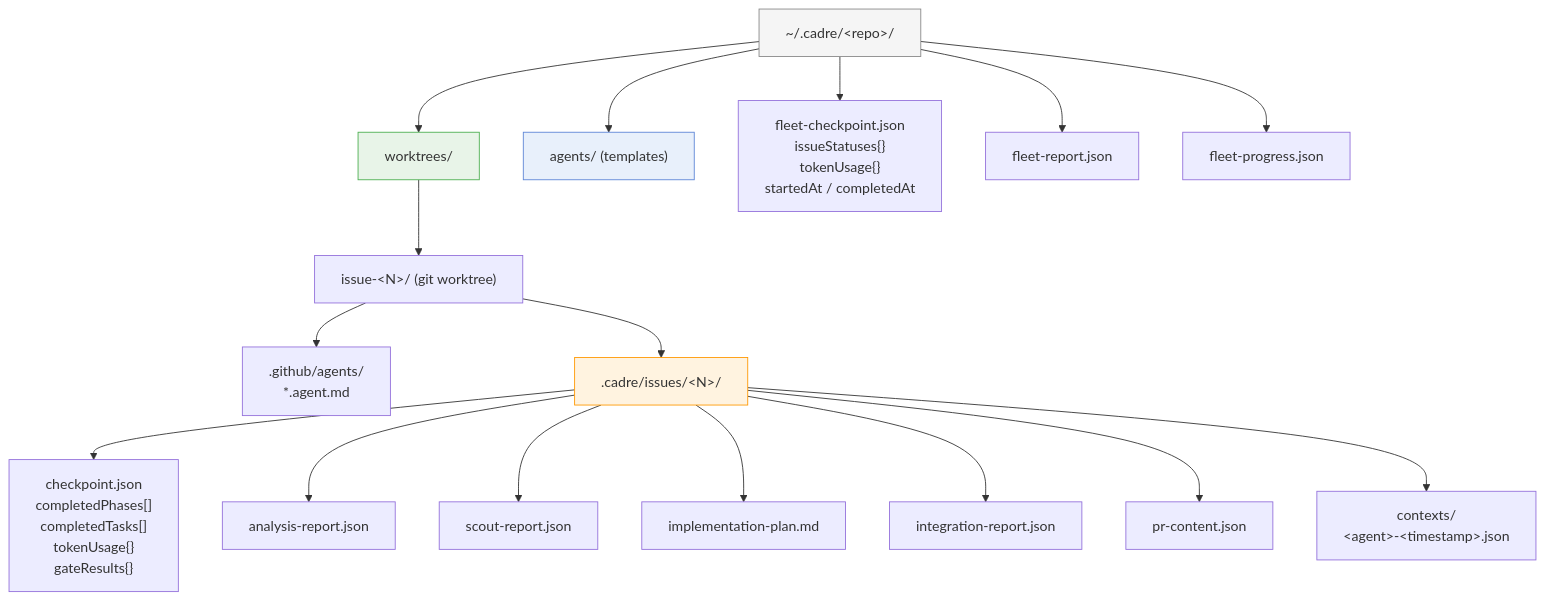
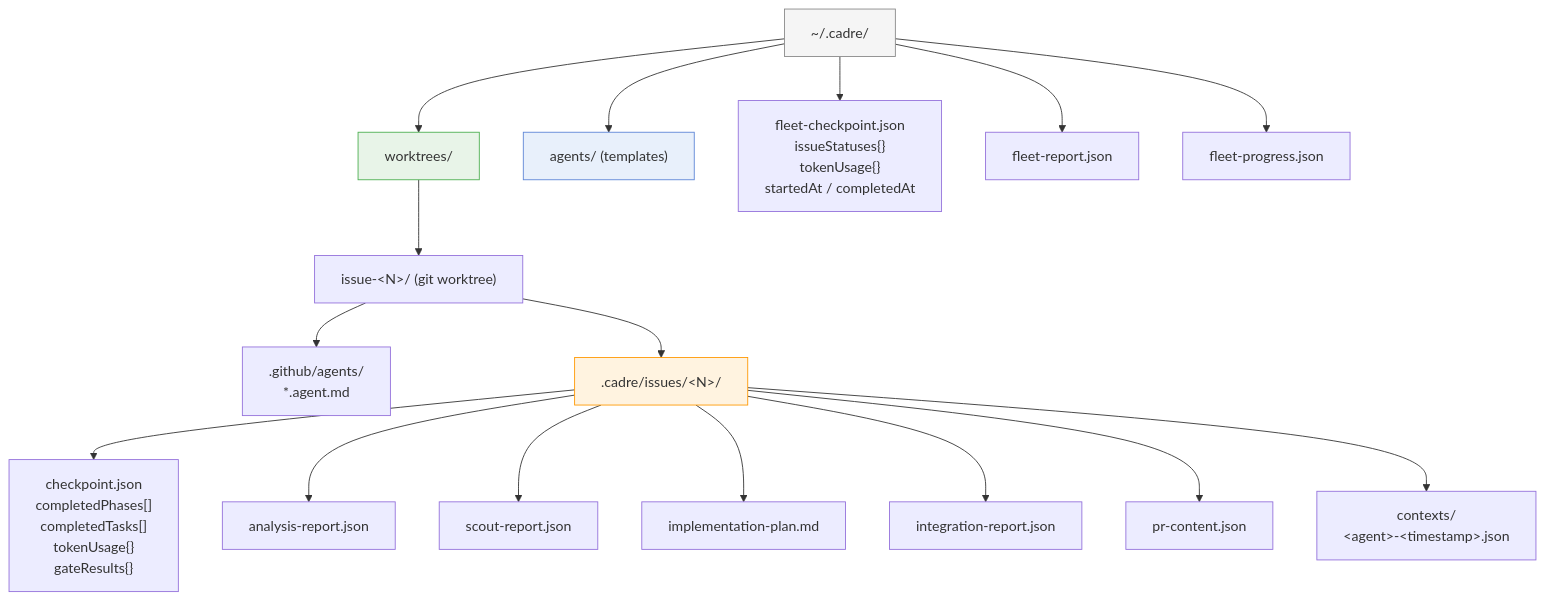
One commit to jafreck/CADRE changed the seventh of 9 diagrams in docs/architecture.md. Above: the diagram before and after it, drawn with Mermaid. The commit also changed 9 other files, not shown here.

Commit message:
fix(state): root CADRE state under ~/.cadre and tighten path resolution (#270)

````diff
--- a/docs/architecture.md
+++ b/docs/architecture.md
@@ -489,29 +489,29 @@
 ```mermaid
 graph TD
-    ROOT["~/.cadre/&lt;repo&gt;/"]
+    ROOT["~/.cadre/"]
 
     ROOT --> WT["worktrees/"]
     ROOT --> AG["agents/   (templates)"]
 
     WT --> WTN["issue-&lt;N&gt;/   (git worktree)"]
 
     WTN --> GHA[".github/agents/\n*.agent.md"]
     WTN --> CADRE[".cadre/issues/&lt;N&gt;/"]
 
     CADRE --> CP["checkpoint.json\n  completedPhases[]\n  completedTasks[]\n  tokenUsage{}\n  gateResults{}"]
     CADRE --> AR["analysis-report.json"]
     CADRE --> SR["scout-report.json"]
     CADRE --> IP["implementation-plan.md"]
     CADRE --> IR["integration-report.json"]
     CADRE --> PRC["pr-content.json"]
     CADRE --> CTX["contexts/\n  &lt;agent&gt;-&lt;timestamp&gt;.json"]
 
     ROOT --> FCP["fleet-checkpoint.json\n  issueStatuses{}\n  tokenUsage{}\n  startedAt / completedAt"]
     ROOT --> FRP["fleet-report.json"]
     ROOT --> FP["fleet-progress.json"]
 
     style ROOT fill:#f5f5f5,stroke:#888
     style WT fill:#e8f4e8,stroke:#4caf50
     style CADRE fill:#fff3e0,stroke:#ff9800
     style AG fill:#e8f0fb,stroke:#5c85d6
 ```
````
